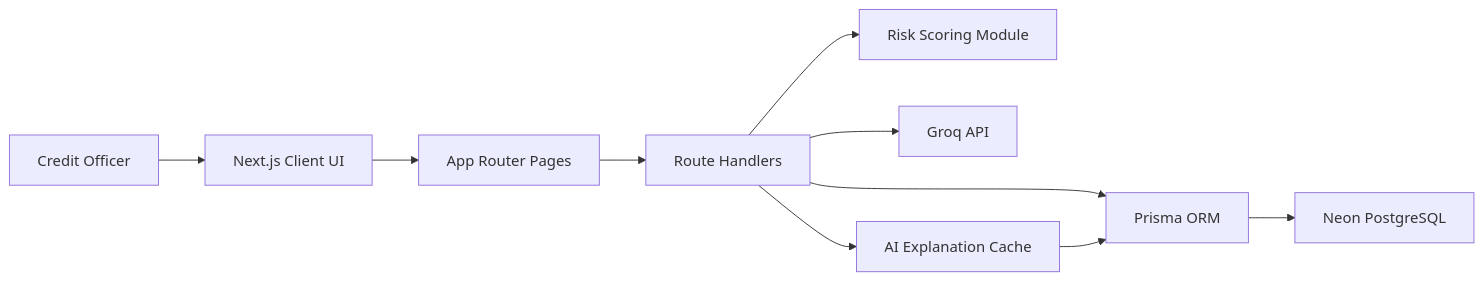
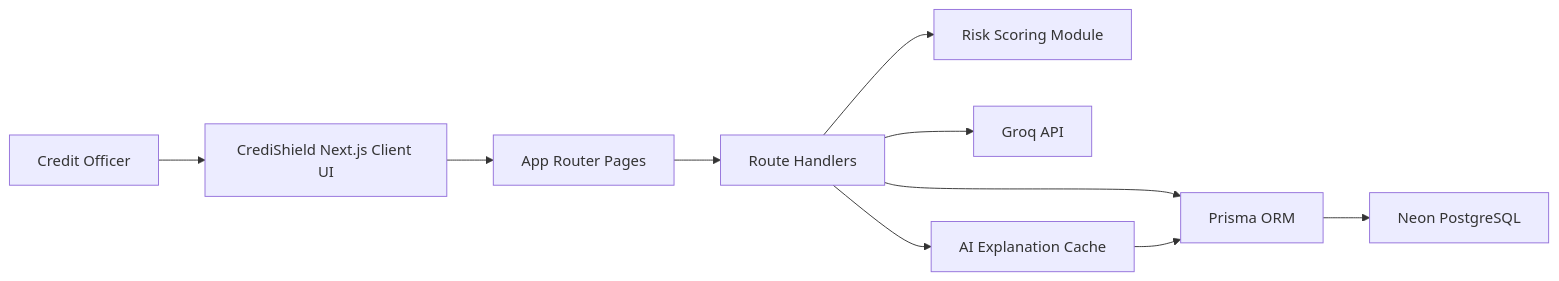
Before and after one commit to urumb/loan-risk-platform: the first of 2 diagrams in README.md, drawn with Mermaid. The commit also changed other lines of this file and 6 other files, not shown here.

Commit message:
Rebrand application to CrediShield and finalize production polish

````diff
--- a/README.md
+++ b/README.md
@@ -47,12 +47,12 @@
 ```mermaid
 flowchart LR
-  User["Credit Officer"] --> Browser["Next.js Client UI"]
+  User["Credit Officer"] --> Browser["CrediShield Next.js Client UI"]
   Browser --> Pages["App Router Pages"]
   Pages --> API["Route Handlers"]
   API --> Risk["Risk Scoring Module"]
   API --> Prisma["Prisma ORM"]
   Prisma --> Neon["Neon PostgreSQL"]
   API --> Groq["Groq API"]
   API --> Cache["AI Explanation Cache"]
   Cache --> Prisma
 ```
````
